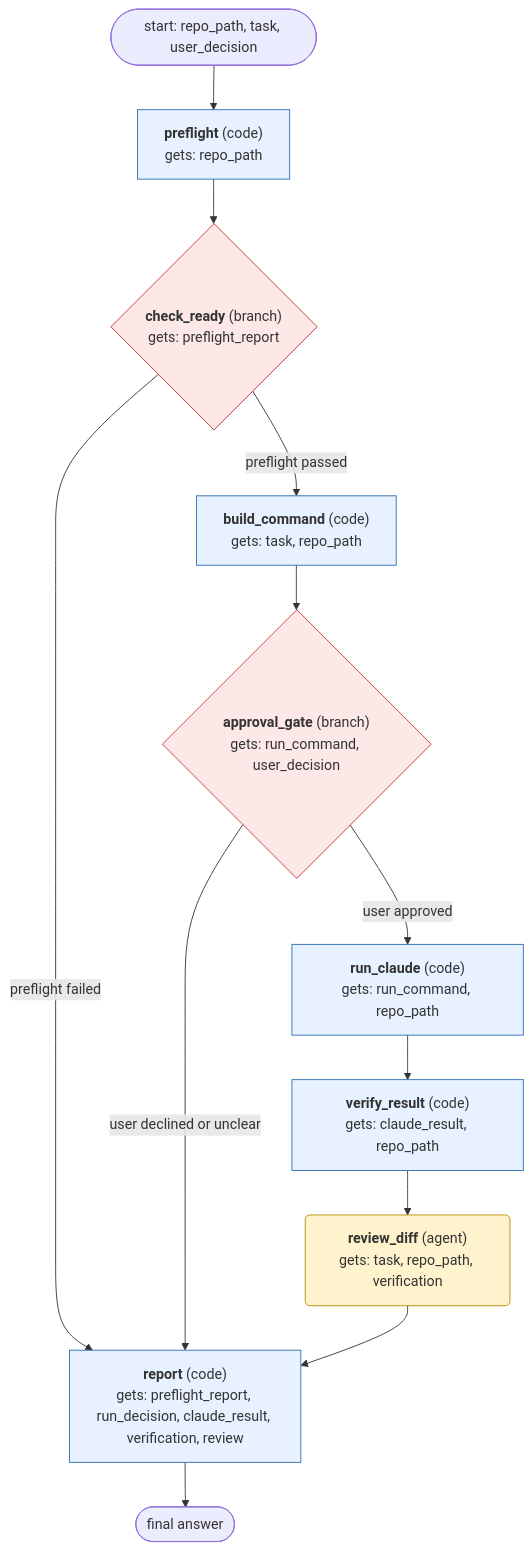
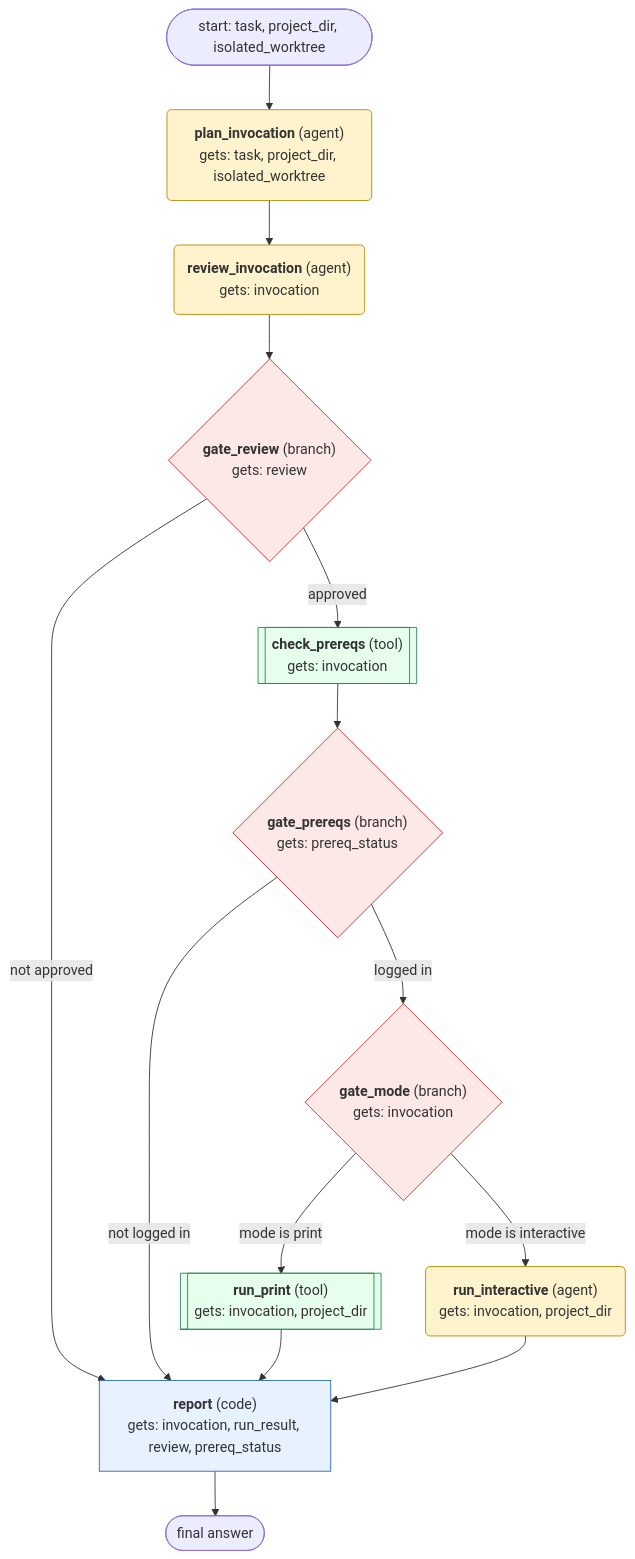
Before and after one commit to payalkanyan/hermes-pilot: the diagram in workflow/generated/claude-code/FLOWCHART.md, drawn with Mermaid. The commit also changed other lines of this file and 39 other files, not shown here.

````diff
--- a/workflow/generated/claude-code/FLOWCHART.md
+++ b/workflow/generated/claude-code/FLOWCHART.md
@@ -5,30 +5,34 @@
 ```mermaid
 flowchart TD
-  start(["start: repo_path, task, user_decision"])
-  preflight["<b>preflight</b> (code)<br/>gets: repo_path"]
-  check_ready{"<b>check_ready</b> (branch)<br/>gets: preflight_report"}
-  build_command["<b>build_command</b> (code)<br/>gets: task, repo_path"]
-  approval_gate{"<b>approval_gate</b> (branch)<br/>gets: run_command, user_decision"}
-  run_claude["<b>run_claude</b> (code)<br/>gets: run_command, repo_path"]
-  verify_result["<b>verify_result</b> (code)<br/>gets: claude_result, repo_path"]
-  review_diff("<b>review_diff</b> (agent)<br/>gets: task, repo_path, verification")
-  report["<b>report</b> (code)<br/>gets: preflight_report, run_decision, claude_result, verification, review"]
+  start(["start: task, project_dir, isolated_worktree"])
+  plan_invocation("<b>plan_invocation</b> (agent)<br/>gets: task, project_dir, isolated_worktree")
+  review_invocation("<b>review_invocation</b> (agent)<br/>gets: invocation")
+  gate_review{"<b>gate_review</b> (branch)<br/>gets: review"}
+  check_prereqs[["<b>check_prereqs</b> (tool)<br/>gets: invocation"]]
+  gate_prereqs{"<b>gate_prereqs</b> (branch)<br/>gets: prereq_status"}
+  gate_mode{"<b>gate_mode</b> (branch)<br/>gets: invocation"}
+  run_print[["<b>run_print</b> (tool)<br/>gets: invocation, project_dir"]]
+  run_interactive("<b>run_interactive</b> (agent)<br/>gets: invocation, project_dir")
+  report["<b>report</b> (code)<br/>gets: invocation, run_result, review, prereq_status"]
   report --> finish(["final answer"])
-  start --> preflight
-  preflight --> check_ready
-  check_ready -->|preflight passed| build_command
-  check_ready -->|preflight failed| report
-  build_command --> approval_gate
-  approval_gate -->|user approved| run_claude
-  approval_gate -->|user declined or unclear| report
-  run_claude --> verify_result
-  verify_result --> review_diff
-  review_diff --> report
+  start --> plan_invocation
+  plan_invocation --> review_invocation
+  review_invocation --> gate_review
+  gate_review -->|approved| check_prereqs
+  gate_review -->|not approved| report
+  check_prereqs --> gate_prereqs
+  gate_prereqs -->|logged in| gate_mode
+  gate_prereqs -->|not logged in| report
+  gate_mode -->|mode is print| run_print
+  gate_mode -->|mode is interactive| run_interactive
+  run_print --> report
+  run_interactive --> report
   classDef agent fill:#fff3cd,stroke:#b58900;
   classDef code fill:#e7f1ff,stroke:#2b6cb0;
   classDef tool fill:#e6ffed,stroke:#2f855a;
   classDef branch fill:#fde8e8,stroke:#c53030;
-  class review_diff agent;
-  class check_ready,approval_gate branch;
-  class preflight,build_command,run_claude,verify_result,report code;
+  class check_prereqs,run_print tool;
+  class plan_invocation,review_invocation,run_interactive agent;
+  class report code;
+  class gate_review,gate_prereqs,gate_mode branch;
 ```
````
